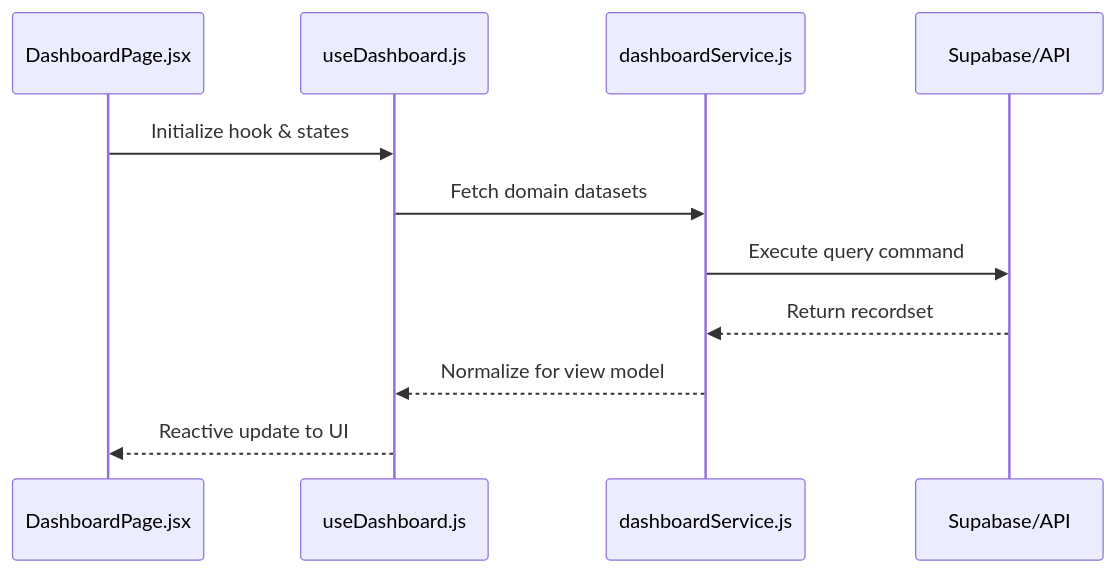
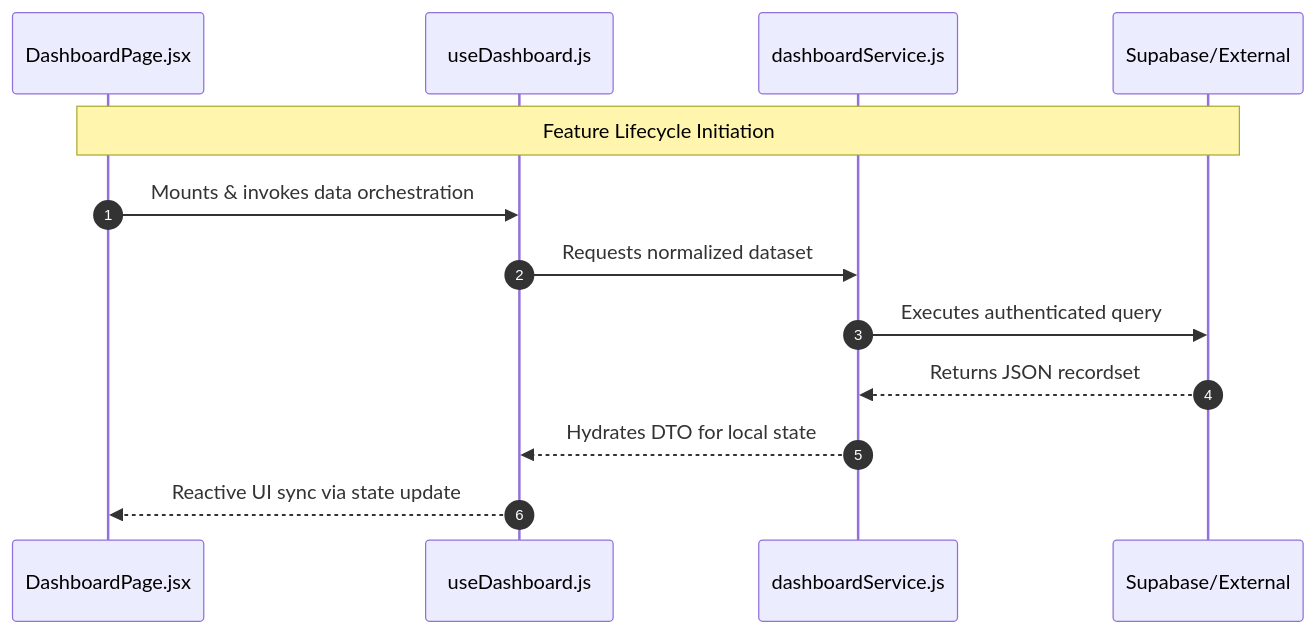
The first of 2 diagrams in src/features/dashboard/README.md (nexowebai/nexo-superadmin), drawn with Mermaid before and after one commit. The commit also changed other lines of this file and 16 other files, not shown here.

````diff
--- a/src/features/dashboard/README.md
+++ b/src/features/dashboard/README.md
@@ -12,14 +16,16 @@
 ```mermaid
 sequenceDiagram
+    autonumber
     participant P as DashboardPage.jsx
     participant H as useDashboard.js
     participant S as dashboardService.js
-    participant API as Supabase/API
+    participant API as Supabase/External
 
-    P->>H: Initialize hook & states
-    H->>S: Fetch domain datasets
-    S->>API: Execute query command
-    API-->>S: Return recordset
-    S-->>H: Normalize for view model
-    H-->>P: Reactive update to UI
+    Note over P,API: Feature Lifecycle Initiation
+    P->>H: Mounts & invokes data orchestration
+    H->>S: Requests normalized dataset
+    S->>API: Executes authenticated query
+    API-->>S: Returns JSON recordset
+    S-->>H: Hydrates DTO for local state
+    H-->>P: Reactive UI sync via state update
 ```
````
